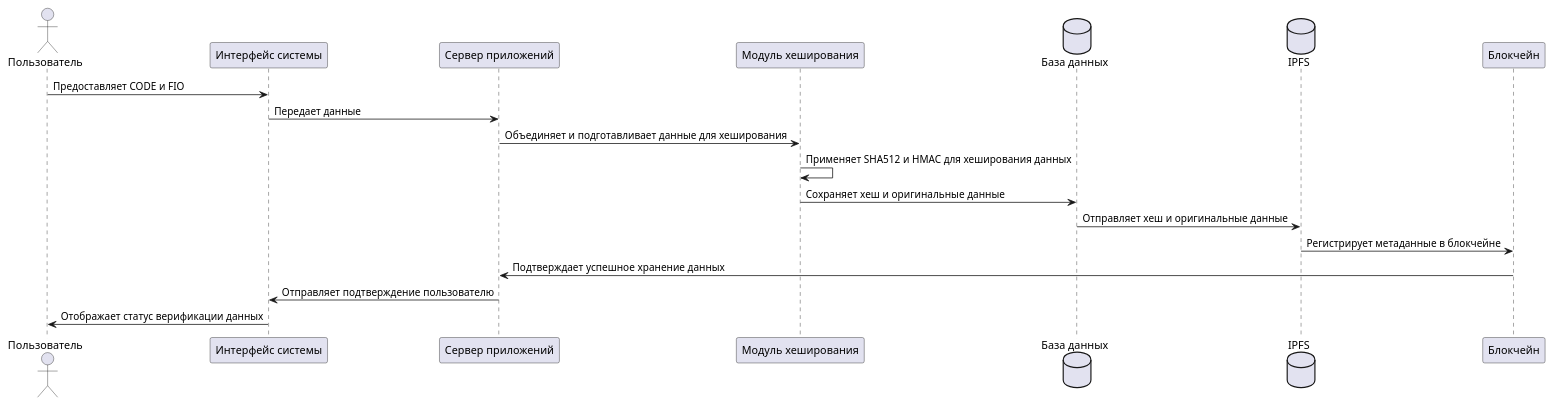
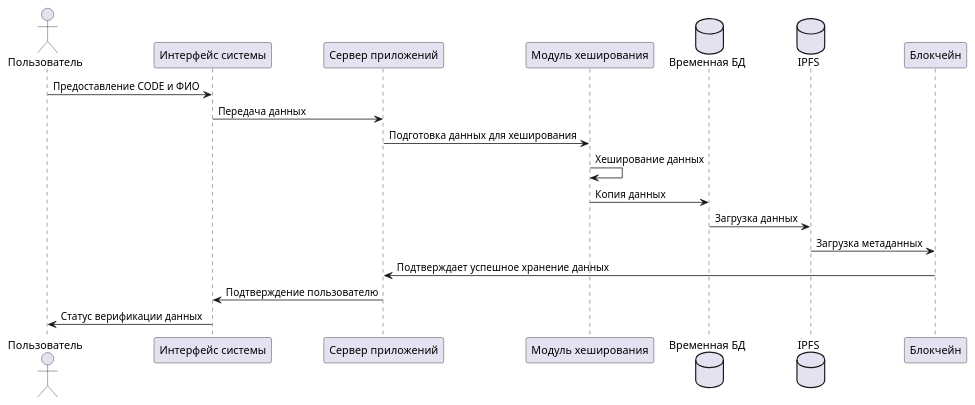
One commit to mxpanf/mirea-final-qualifying-work changed the diagram in src/images/diagrams/data_proc.pu. Above: the diagram before and after it, drawn with PlantUML. The commit also changed 13 other files, not shown here.

```diff
--- a/src/images/diagrams/data_proc.pu
+++ b/src/images/diagrams/data_proc.pu
@@ -1,22 +1,22 @@
 @startuml data_proc
 
 actor "Пользователь" as User
 participant "Интерфейс системы" as Interface
 participant "Сервер приложений" as Server
 participant "Модуль хеширования" as HashModule
-database "База данных" as DB
+database "Временная БД" as DB
 database "IPFS" as IPFS
 participant "Блокчейн" as Blockchain
 
-User -> Interface: Предоставляет CODE и FIO
-Interface -> Server: Передает данные
-Server -> HashModule: Объединяет и подготавливает данные для хеширования
-HashModule -> HashModule: Применяет SHA512 и HMAC для хеширования данных
-HashModule -> DB: Сохраняет хеш и оригинальные данные
-DB -> IPFS: Отправляет хеш и оригинальные данные
-IPFS -> Blockchain: Регистрирует метаданные в блокчейне
+User -> Interface: Предоставление CODE и ФИО
+Interface -> Server: Передача данных
+Server -> HashModule: Подготовка данных для хеширования
+HashModule -> HashModule: Хеширование данных
+HashModule -> DB: Копия данных
+DB -> IPFS: Загрузка данных
+IPFS -> Blockchain: Загрузка метаданных
 Blockchain -> Server: Подтверждает успешное хранение данных
-Server -> Interface: Отправляет подтверждение пользователю
-Interface -> User: Отображает статус верификации данных
+Server -> Interface: Подтверждение пользователю
+Interface -> User: Статус верификации данных
 
 @enduml
```
